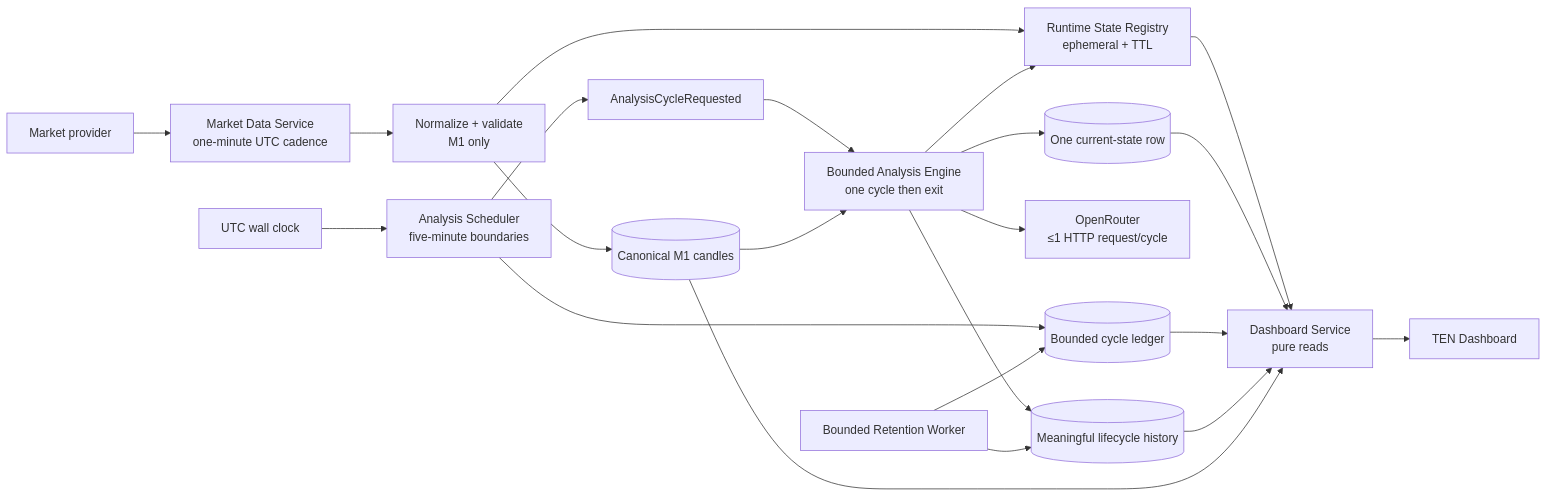
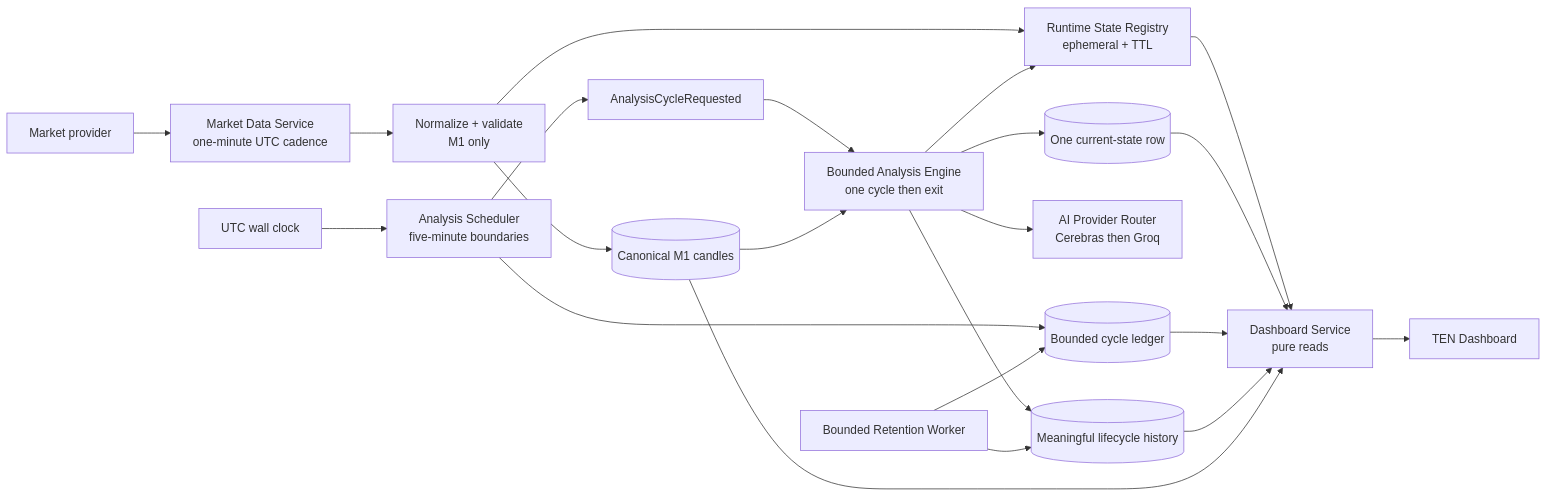
One commit to Typhon-Namira/Ten changed the first of 3 diagrams in docs/ten-architecture-v2-proposal.md. Above: the diagram before and after it, drawn with Mermaid. The commit also changed other lines of this file and 54 other files, not shown here.

Commit message:
Migrate AI reasoning to Cerebras and Groq

````diff
--- a/docs/ten-architecture-v2-proposal.md
+++ b/docs/ten-architecture-v2-proposal.md
@@ -25,27 +25,27 @@
 ```mermaid
 flowchart LR
     Provider["Market provider"] --> Market["Market Data Service<br/>one-minute UTC cadence"]
     Market --> Validate["Normalize + validate<br/>M1 only"]
     Validate --> Candles[("Canonical M1 candles")]
     Validate --> Runtime["Runtime State Registry<br/>ephemeral + TTL"]
 
     Clock["UTC wall clock"] --> Scheduler["Analysis Scheduler<br/>five-minute boundaries"]
     Scheduler --> Cycles[("Bounded cycle ledger")]
     Scheduler --> Queue["AnalysisCycleRequested"]
     Queue --> Engine["Bounded Analysis Engine<br/>one cycle then exit"]
     Candles --> Engine
-    Engine --> OpenRouter["OpenRouter<br/>≤1 HTTP request/cycle"]
+    Engine --> AIRouter["AI Provider Router<br/>Cerebras then Groq"]
     Engine --> Current[("One current-state row")]
     Engine --> History[("Meaningful lifecycle history")]
     Engine --> Runtime
 
     Runtime --> Dashboard["Dashboard Service<br/>pure reads"]
     Current --> Dashboard
     Cycles --> Dashboard
     History --> Dashboard
     Candles --> Dashboard
     Dashboard --> UI["TEN Dashboard"]
 
     Retention["Bounded Retention Worker"] --> Cycles
     Retention --> History
 ```
````
